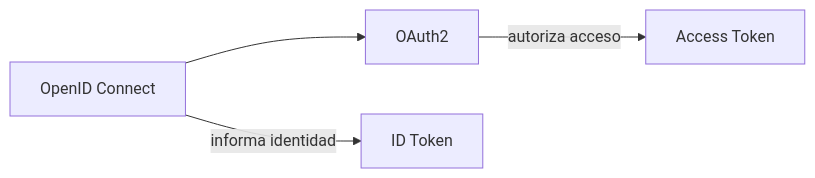
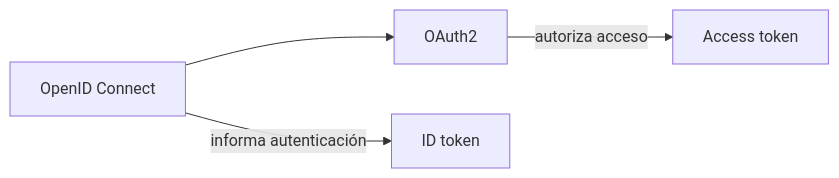
The third of 8 diagrams in semanas/semana-02/01-oauth2-oidc.md (cmartinezs/DSY1107-DESARROLLO-CLOUD-NATIVE-I-2026-2), drawn with Mermaid before and after one commit. The commit also changed other lines of this file, not shown here.

Commit message:
docs: fix OAuth/OIDC pedagogy and GitHub-safe Mermaid

````diff
--- a/semanas/semana-02/01-oauth2-oidc.md
+++ b/semanas/semana-02/01-oauth2-oidc.md
@@ -238,6 +77,6 @@
 ```mermaid
 flowchart LR
-    OAUTH[OAuth2] -->|autoriza acceso| AT[Access Token]
-    OIDC[OpenID Connect] -->|informa identidad| IDT[ID Token]
-    OIDC --> OAUTH
+    O["OAuth2"] -->|"autoriza acceso"| AT["Access token"]
+    I["OpenID Connect"] -->|"informa autenticación"| IDT["ID token"]
+    I --> O
 ```
````
